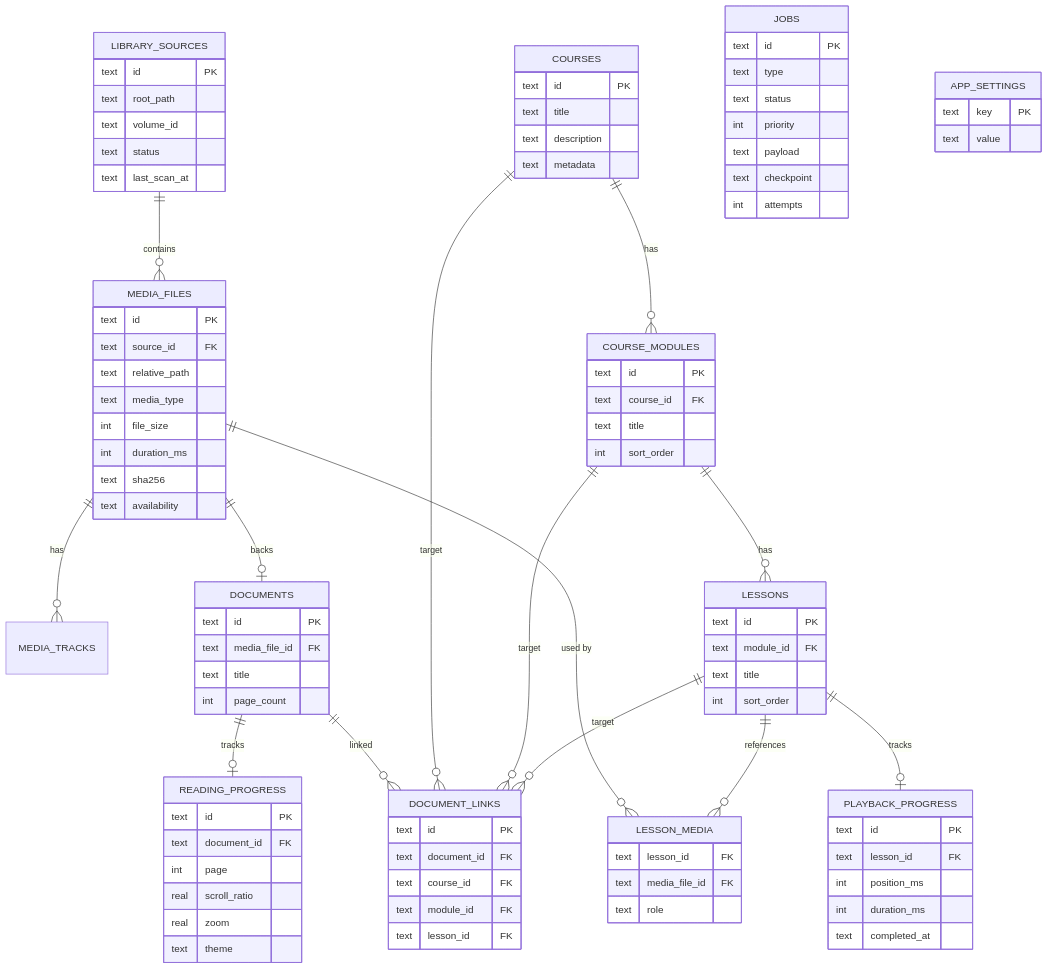
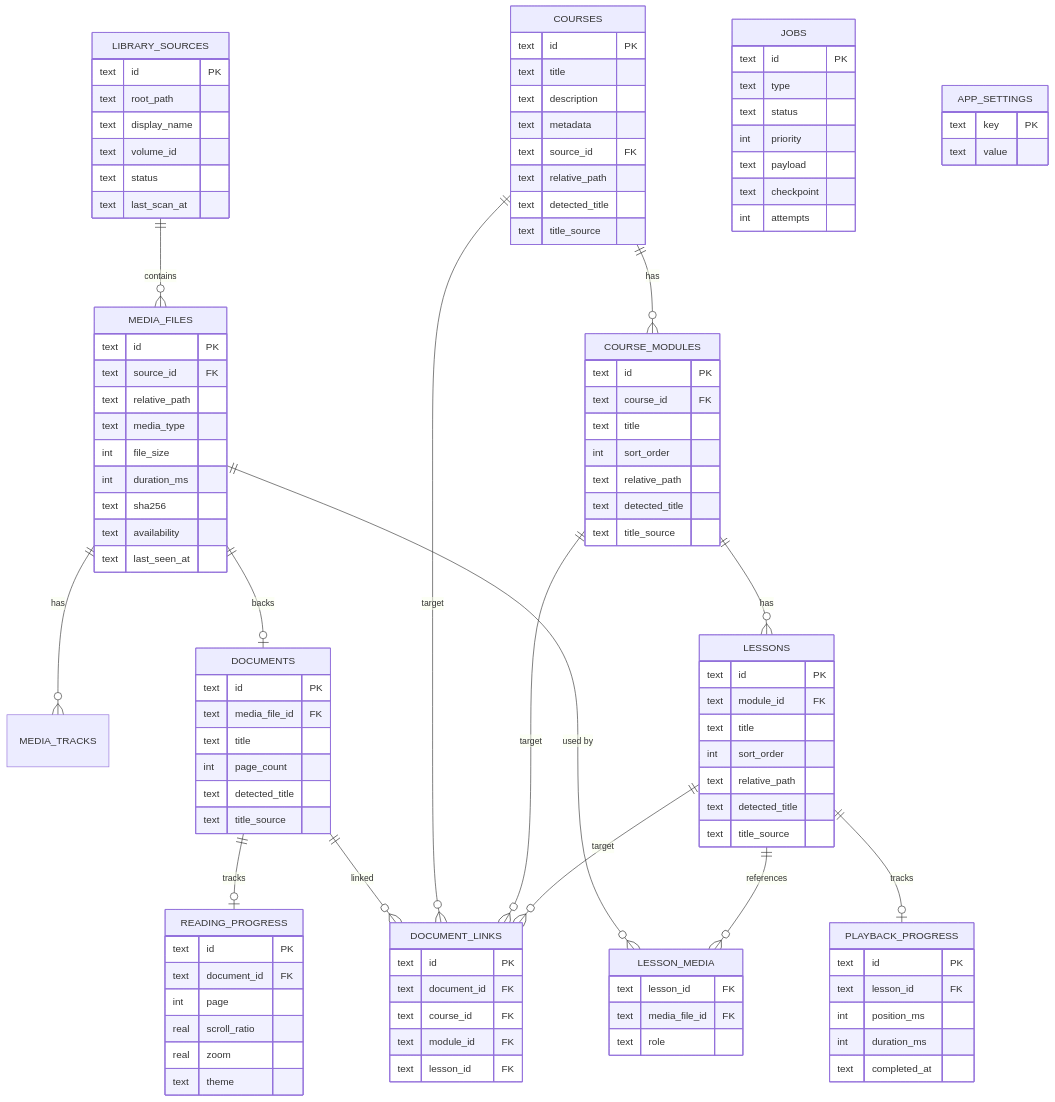
The diagram in midoteca/docs/DOMAIN_MODEL.md (thebinario/myPlay), drawn with Mermaid before and after one commit. The commit also changed other lines of this file and 19 other files, not shown here.

First line of the commit message:
docs: arquitetura, DDD, testes, roadmap, convenções e ADRs

```diff
--- a/midoteca/docs/DOMAIN_MODEL.md
+++ b/midoteca/docs/DOMAIN_MODEL.md
@@ -34,6 +34,7 @@
     LIBRARY_SOURCES {
         text id PK
         text root_path
+        text display_name
         text volume_id
         text status
         text last_scan_at
@@ -47,24 +48,35 @@
         int  duration_ms
         text sha256
         text availability
+        text last_seen_at
     }
     COURSES {
         text id PK
         text title
         text description
         text metadata
+        text source_id FK
+        text relative_path
+        text detected_title
+        text title_source
     }
     COURSE_MODULES {
         text id PK
         text course_id FK
         text title
         int  sort_order
+        text relative_path
+        text detected_title
+        text title_source
     }
     LESSONS {
         text id PK
         text module_id FK
         text title
         int  sort_order
+        text relative_path
+        text detected_title
+        text title_source
     }
     LESSON_MEDIA {
         text lesson_id FK
@@ -76,6 +88,8 @@
         text media_file_id FK
         text title
         int  page_count
+        text detected_title
+        text title_source
     }
     DOCUMENT_LINKS {
         text id PK
```
